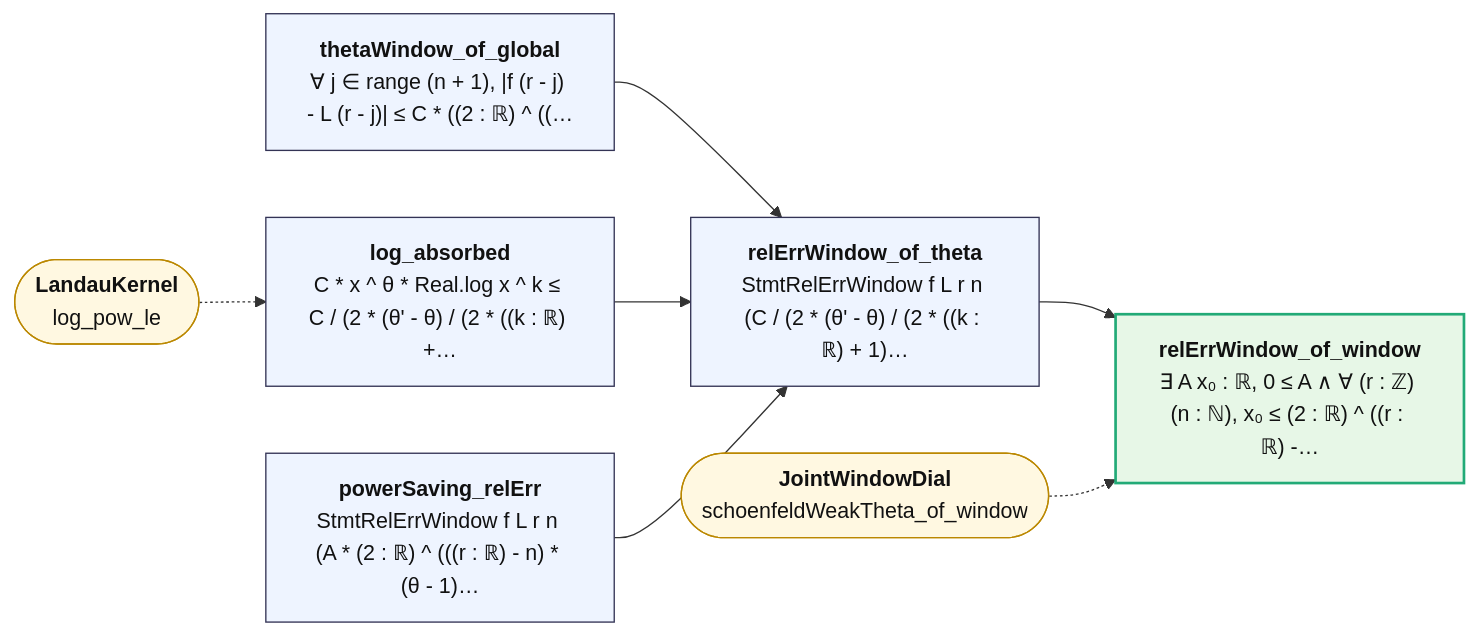
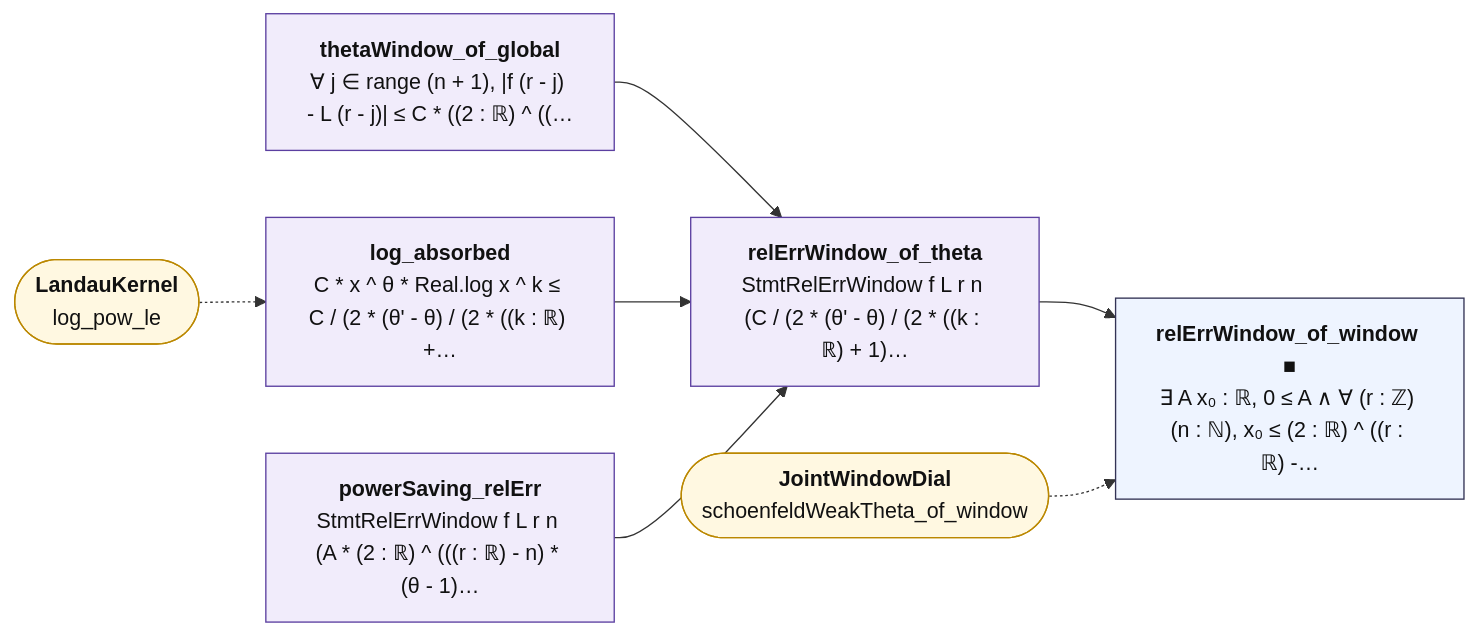
The diagram in map/lean_stage3/JointDialGate.md (juliansambranojr/Primebeat_081426), drawn with Mermaid before and after one commit. The commit also changed other lines of this file and 398 other files, not shown here.

````diff
--- a/map/lean_stage3/JointDialGate.md
+++ b/map/lean_stage3/JointDialGate.md
@@ -12,21 +12,24 @@
 ```mermaid
 flowchart LR
-  n0["<b>thetaWindow_of_global</b><br/>∀ j ∈ range (n + 1), |f (r - j) - L (r - j)| ≤ C * ((2 : ℝ) ^ ((…"]:::thm
-  n1["<b>log_absorbed</b><br/>C * x ^ θ * Real.log x ^ k ≤ C / (2 * (θ' - θ) / (2 * ((k : ℝ) +…"]:::thm
-  n2["<b>powerSaving_relErr</b><br/>StmtRelErrWindow f L r n (A * (2 : ℝ) ^ (((r : ℝ) - n) * (θ - 1)…"]:::thm
-  n3["<b>relErrWindow_of_theta</b><br/>StmtRelErrWindow f L r n (C / (2 * (θ' - θ) / (2 * ((k : ℝ) + 1)…"]:::thm
-  n4["<b>relErrWindow_of_window</b><br/>∃ A x₀ : ℝ, 0 ≤ A ∧ ∀ (r : ℤ) (n : ℕ), x₀ ≤ (2 : ℝ) ^ ((r : ℝ) -…"]:::end_
+  n0["<b>thetaWindow_of_global</b><br/>∀ j ∈ range (n + 1), |f (r - j) - L (r - j)| ≤ C * ((2 : ℝ) ^ ((…"]:::shp
+  n1["<b>log_absorbed</b><br/>C * x ^ θ * Real.log x ^ k ≤ C / (2 * (θ' - θ) / (2 * ((k : ℝ) +…"]:::shp
+  n2["<b>powerSaving_relErr</b><br/>StmtRelErrWindow f L r n (A * (2 : ℝ) ^ (((r : ℝ) - n) * (θ - 1)…"]:::shp
+  n3["<b>relErrWindow_of_theta</b><br/>StmtRelErrWindow f L r n (C / (2 * (θ' - θ) / (2 * ((k : ℝ) + 1)…"]:::shp
+  n4["<b>relErrWindow_of_window ■</b><br/>∃ A x₀ : ℝ, 0 ≤ A ∧ ∀ (r : ℤ) (n : ℕ), x₀ ≤ (2 : ℝ) ^ ((r : ℝ) -…"]:::thm
   x0(["<b>LandauKernel</b><br/>log_pow_le"]):::ext
   x1(["<b>JointWindowDial</b><br/>schoenfeldWeakTheta_of_window"]):::ext
   n0 --> n3
   n1 --> n3
   n2 --> n3
   n3 --> n4
   x0 -.-> n1
   x1 -.-> n4
+  classDef cnt fill:#dff5ec,stroke:#17694a,color:#111
+  classDef shp fill:#f1ecfb,stroke:#5b3fa0,color:#111
+  classDef rh fill:#ffe5e5,stroke:#c22,color:#111,stroke-width:2px
   classDef thm fill:#eef4ff,stroke:#335,color:#111
   classDef end_ fill:#e7f7e7,stroke:#2a7,color:#111,stroke-width:2px
   classDef lone fill:#fff,stroke:#999,color:#111,stroke-dasharray:4 3
   classDef bad fill:#ffe5e5,stroke:#c22,color:#111,stroke-width:2px
   classDef ext fill:#fff8e1,stroke:#b80,color:#111
 ```
````
